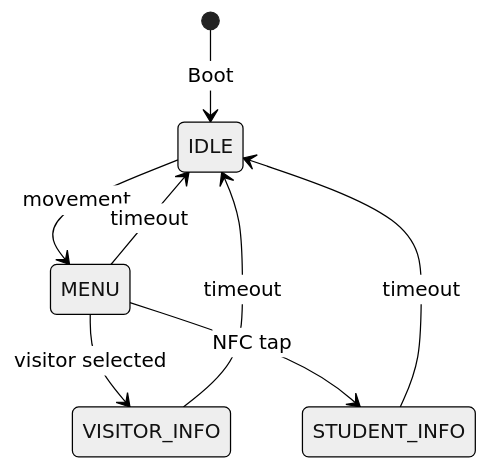
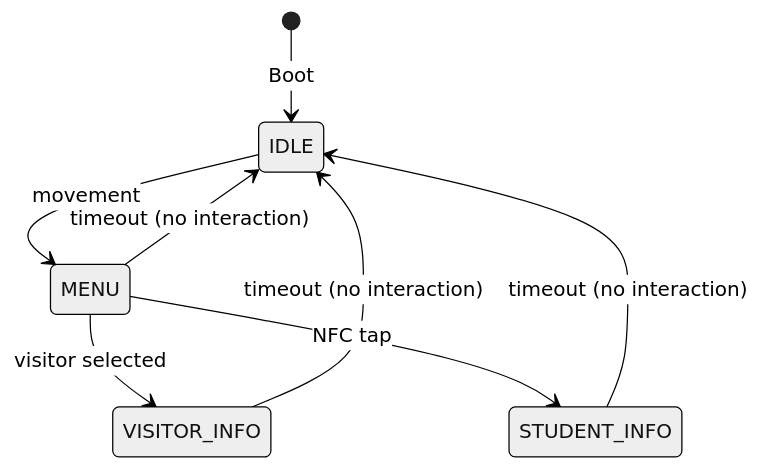
The first of 2 diagrams in docs/glossary.md (fergouchyahya/IDS), drawn with Mermaid (neutral theme) before and after one commit. The commit also changed other lines of this file and 42 other files, not shown here.

````diff
--- a/docs/glossary.md
+++ b/docs/glossary.md
@@ -34,10 +34,10 @@
 ```mermaid
 stateDiagram-v2
     [*] --> IDLE : Boot
     IDLE --> MENU : movement
     MENU --> VISITOR_INFO : visitor selected
     MENU --> STUDENT_INFO : NFC tap
-    VISITOR_INFO --> IDLE : timeout
-    STUDENT_INFO --> IDLE : timeout
-    MENU --> IDLE : timeout
+    VISITOR_INFO --> IDLE : timeout (no interaction)
+    STUDENT_INFO --> IDLE : timeout (no interaction)
+    MENU --> IDLE : timeout (no interaction)
 ```
````
